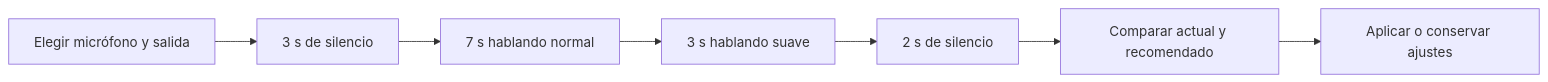
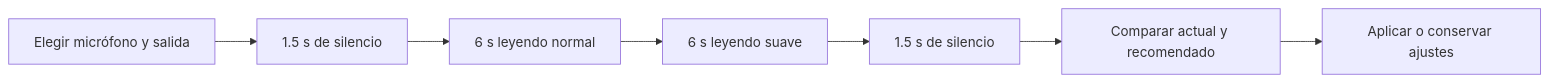
Before and after one commit to ssotomayor/discordia: the diagram in docs/VOICE_PROFILES.md, drawn with Mermaid. The commit also changed other lines of this file and 4 other files, not shown here.

````diff
--- a/docs/VOICE_PROFILES.md
+++ b/docs/VOICE_PROFILES.md
@@ -55,9 +55,9 @@
 ```mermaid
 flowchart LR
-    A[Elegir micrófono y salida] --> B[3 s de silencio]
-    B --> C[7 s hablando normal]
-    C --> D[3 s hablando suave]
-    D --> E[2 s de silencio]
+    A[Elegir micrófono y salida] --> B[1.5 s de silencio]
+    B --> C[6 s leyendo normal]
+    C --> D[6 s leyendo suave]
+    D --> E[1.5 s de silencio]
     E --> F[Comparar actual y recomendado]
     F --> G[Aplicar o conservar ajustes]
 ```
````
